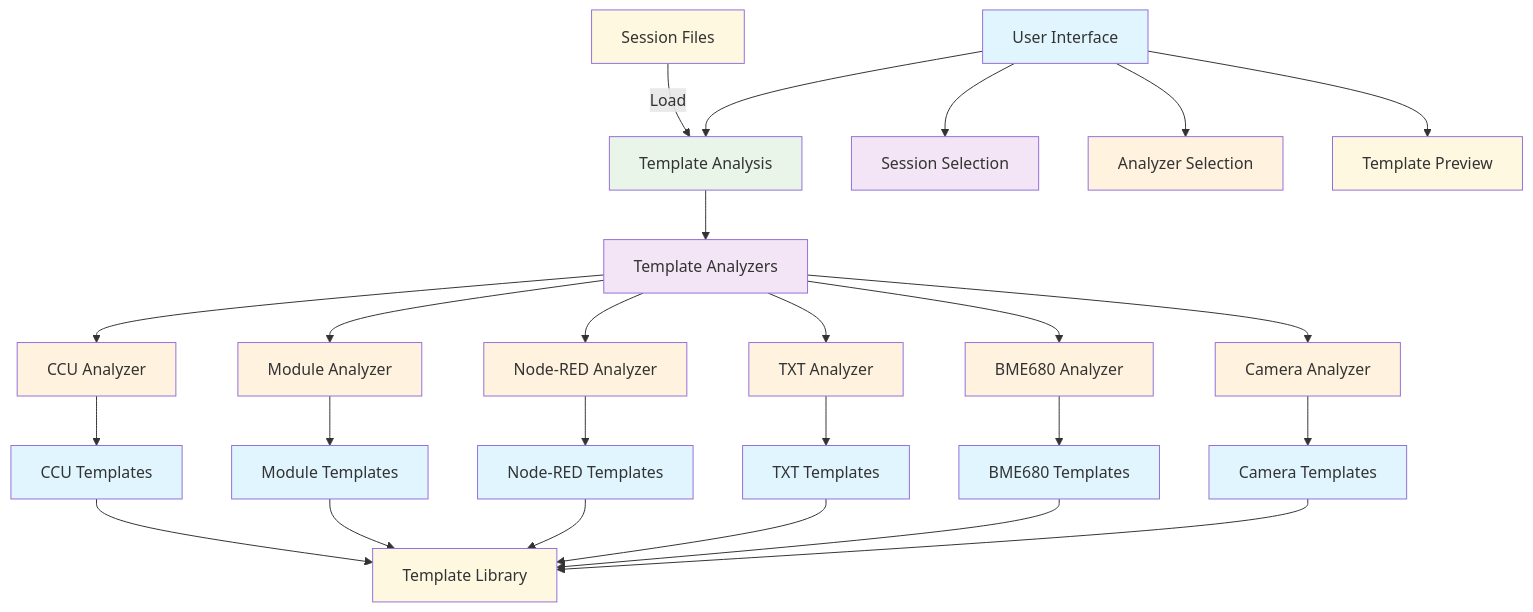
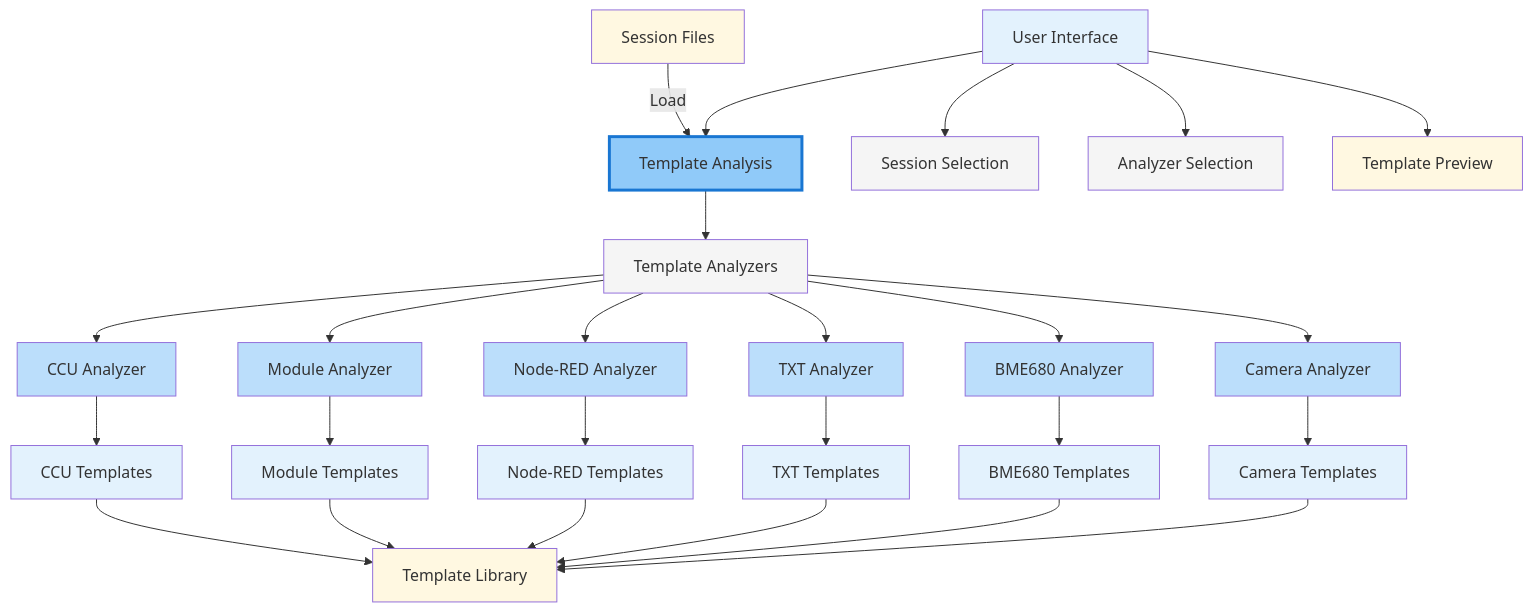
One commit to OliverBerger-ORBIS/ORBIS-Modellfabrik changed the first of 2 diagrams in docs/04-howto/helper_apps/session-manager/template-analysis.md. Above: the diagram before and after it, drawn with Mermaid. The commit also changed other lines of this file and 14 other files, not shown here.

First line of the commit message:
feat: update Mermaid color palette and clean up validation rules

````diff
--- a/docs/04-howto/helper_apps/session-manager/template-analysis.md
+++ b/docs/04-howto/helper_apps/session-manager/template-analysis.md
@@ -9,52 +22,52 @@
 ```mermaid
 graph TD
     A[Session Files] -->|Load| B[Template Analysis]
     B --> C[Template Analyzers]
     
     C --> D[CCU Analyzer]
     C --> E[Module Analyzer]
     C --> F[Node-RED Analyzer]
     C --> G[TXT Analyzer]
     C --> H[BME680 Analyzer]
     C --> I[Camera Analyzer]
     
     D --> J[CCU Templates]
     E --> K[Module Templates]
     F --> L[Node-RED Templates]
     G --> M[TXT Templates]
     H --> N[BME680 Templates]
     I --> O[Camera Templates]
     
     J --> P[Template Library]
     K --> P
     L --> P
     M --> P
     N --> P
     O --> P
     
     Q[User Interface] --> B
     Q --> R[Session Selection]
     Q --> S[Analyzer Selection]
     Q --> T[Template Preview]
     
     style A fill:#fff8e1
-    style B fill:#e8f5e8
-    style C fill:#f3e5f5
-    style D fill:#fff3e0
-    style E fill:#fff3e0
-    style F fill:#fff3e0
-    style G fill:#fff3e0
-    style H fill:#fff3e0
-    style I fill:#fff3e0
-    style J fill:#e1f5fe
-    style K fill:#e1f5fe
-    style L fill:#e1f5fe
-    style M fill:#e1f5fe
-    style N fill:#e1f5fe
-    style O fill:#e1f5fe
+    style B fill:#90caf9,stroke:#1976d2,stroke-width:3px
+    style C fill:#f5f5f5
+    style D fill:#bbdefb
+    style E fill:#bbdefb
+    style F fill:#bbdefb
+    style G fill:#bbdefb
+    style H fill:#bbdefb
+    style I fill:#bbdefb
+    style J fill:#e3f2fd
+    style K fill:#e3f2fd
+    style L fill:#e3f2fd
+    style M fill:#e3f2fd
+    style N fill:#e3f2fd
+    style O fill:#e3f2fd
     style P fill:#fff8e1
-    style Q fill:#e1f5fe
-    style R fill:#f3e5f5
-    style S fill:#fff3e0
+    style Q fill:#e3f2fd
+    style R fill:#f5f5f5
+    style S fill:#f5f5f5
     style T fill:#fff8e1
 ```
````
